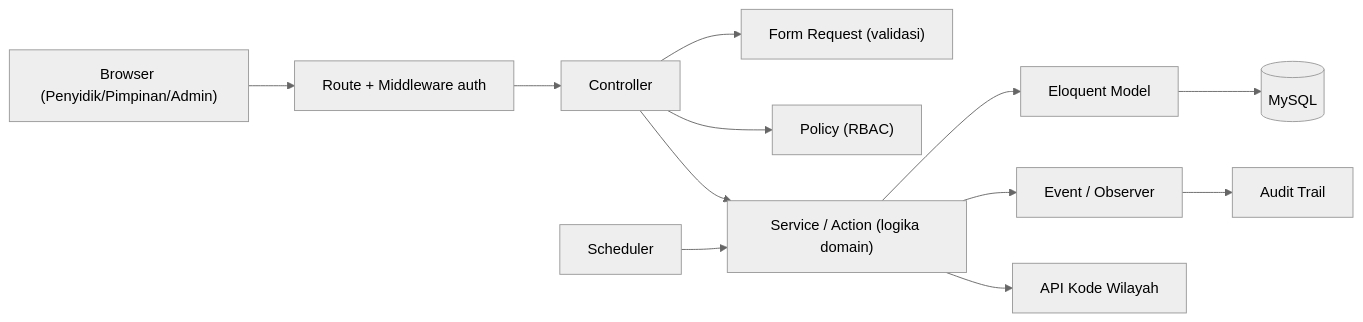
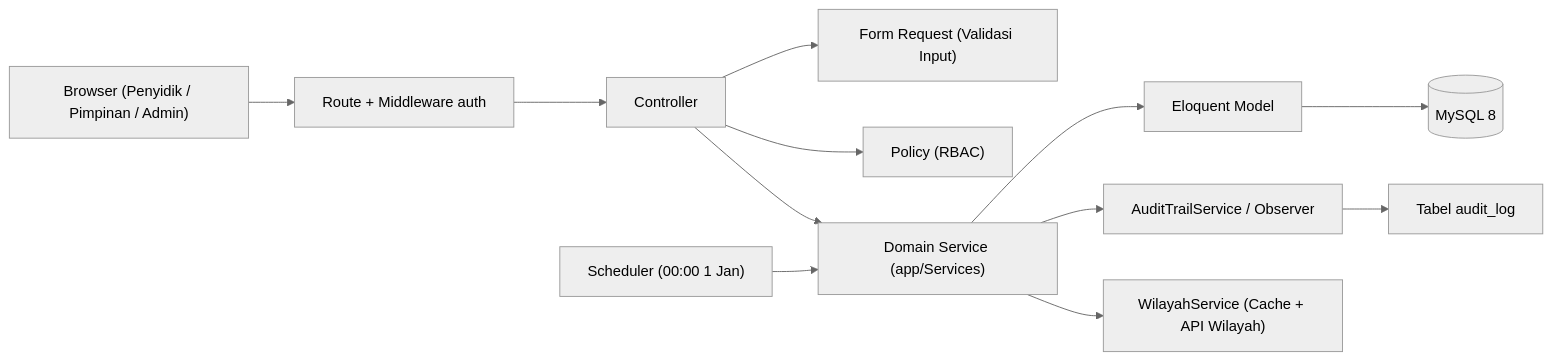
Before and after one commit to waris-arjuna/BAPTwo: the first of 3 diagrams in ARCHITECTURE.md, drawn with Mermaid (neutral theme). The commit also changed other lines of this file and 44 other files, not shown here.

````diff
--- a/ARCHITECTURE.md
+++ b/ARCHITECTURE.md
@@ -15,13 +14,13 @@
 ```mermaid
 flowchart LR
-    U["Browser (Penyidik/Pimpinan/Admin)"] --> R["Route + Middleware auth"]
+    U["Browser (Penyidik / Pimpinan / Admin)"] --> R["Route + Middleware auth"]
     R --> C["Controller"]
-    C --> FR["Form Request (validasi)"]
+    C --> FR["Form Request (Validasi Input)"]
     C --> P["Policy (RBAC)"]
-    C --> S["Service / Action (logika domain)"]
+    C --> S["Domain Service (app/Services)"]
     S --> M["Eloquent Model"]
-    M --> DB[("MySQL")]
-    S --> E["Event / Observer"] --> A["Audit Trail"]
-    SCH["Scheduler"] --> S
-    S --> W["API Kode Wilayah"]
+    M --> DB[("MySQL 8")]
+    S --> E["AuditTrailService / Observer"] --> A["Tabel audit_log"]
+    SCH["Scheduler (00:00 1 Jan)"] --> S
+    S --> W["WilayahService (Cache + API Wilayah)"]
 ```
````
